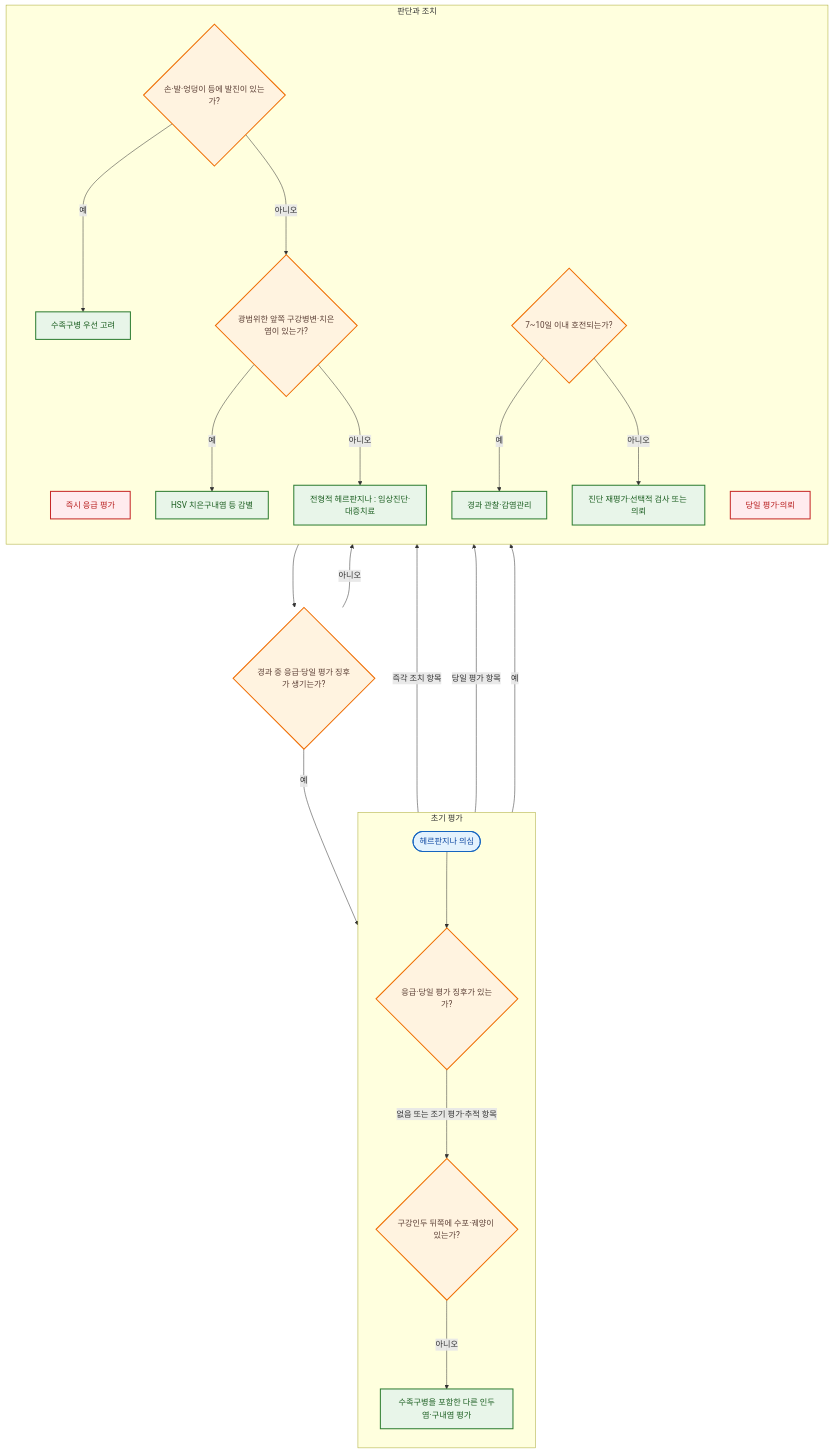
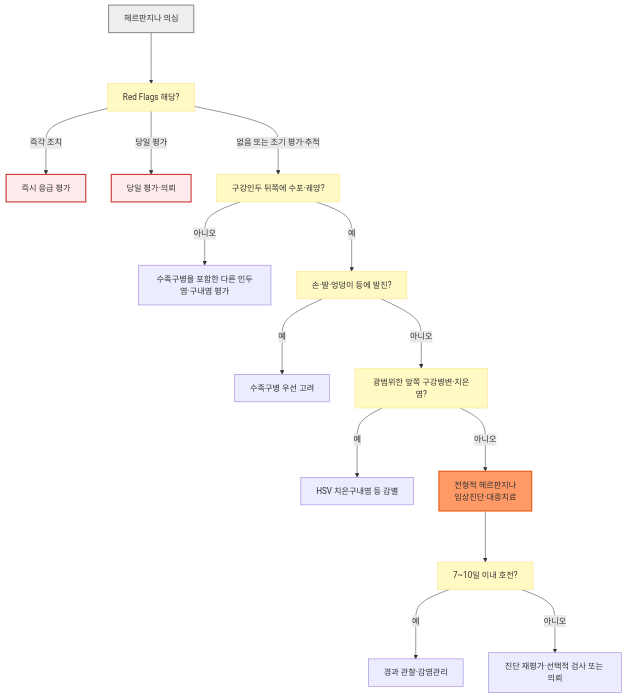
The diagram in 230_/199_-herpangina.md (familyoh77/familyoh77), drawn with Mermaid before and after one commit. The commit also changed other lines of this file and 16 other files, not shown here.

````diff
--- a/230_/199_-herpangina.md
+++ b/230_/199_-herpangina.md
@@ -101,45 +106,23 @@
 ```mermaid
 flowchart TB
-    subgraph A["초기 평가"]
-        direction TB
-        A1(["헤르판지나 의심"]) ---> A3{"응급·당일 평가 징후가 있는가?"}
-        A3 --->|없음 또는 조기 평가·추적 항목| A2{"구강인두 뒤쪽에 수포·궤양이 있는가?"}
-        A2 --->|아니오| A4["수족구병을 포함한 다른 인두염·구내염 평가"]
-    end
+    A1["헤르판지나 의심"] ---> A3["Red Flags 해당?"]
+    A3 -- "즉각 조치" ---> B1["즉시 응급 평가"]
+    A3 -- "당일 평가" ---> Same["당일 평가·의뢰"]
+    A3 -- "없음 또는 조기 평가·추적" ---> A2["구강인두 뒤쪽에 수포·궤양?"]
+    A2 -- "아니오" ---> A4["수족구병을 포함한 다른 인두염·구내염 평가"]
+    A2 -- "예" ---> B2["손·발·엉덩이 등에 발진?"]
+    B2 -- "예" ---> B3["수족구병 우선 고려"]
+    B2 -- "아니오" ---> B4["광범위한 앞쪽 구강병변·치은염?"]
+    B4 -- "예" ---> B5["HSV 치은구내염 등 감별"]
+    B4 -- "아니오" ---> B6["전형적 헤르판지나<br/>임상진단·대증치료"]
+    B6 ---> B7["7~10일 이내 호전?"]
+    B7 -- "예" ---> B8["경과 관찰·감염관리"]
+    B7 -- "아니오" ---> B9["진단 재평가·선택적 검사 또는 의뢰"]
 
-    subgraph B["판단과 조치"]
-        direction TB
-        B1["즉시 응급 평가"]
-        Same["당일 평가·의뢰"]
-        B2{"손·발·엉덩이 등에 발진이 있는가?"}
-        B3["수족구병 우선 고려"]
-        B4{"광범위한 앞쪽 구강병변·치은염이 있는가?"}
-        B5["HSV 치은구내염 등 감별"]
-        B6["전형적 헤르판지나 : 임상진단·대증치료"]
-        B7{"7~10일 이내 호전되는가?"}
-        B8["경과 관찰·감염관리"]
-        B9["진단 재평가·선택적 검사 또는 의뢰"]
-    end
-
-    A3 --->|즉각 조치 항목| B1
-    A3 --->|당일 평가 항목| Same
-    A2 --->|예| B2
-    B2 --->|예| B3
-    B2 --->|아니오| B4
-    B4 --->|예| B5
-    B4 --->|아니오| B6
-    B6 ---> W{"경과 중 응급·당일 평가 징후가 생기는가?"}
-    W --->|예| A3
-    W --->|아니오| B7
-    B7 --->|예| B8
-    B7 --->|아니오| B9
-
-    classDef start fill:#e3f2fd,stroke:#1565c0,color:#0d47a1,stroke-width:2px;
-    classDef decision fill:#fff3e0,stroke:#ef6c00,color:#5d4037,stroke-width:2px;
-    classDef danger fill:#ffebee,stroke:#c62828,color:#b71c1c,stroke-width:2px;
-    classDef action fill:#e8f5e9,stroke:#2e7d32,color:#1b5e20,stroke-width:2px;
-    class A1 start;
-    class A2,A3,B2,B4,B7,W decision;
-    class B1,Same danger;
-    class A4,B3,B5,B6,B8,B9 action;
+    classDef question fill:#fff9c4,stroke:#ffe082
+    classDef danger fill:#ffebee,stroke:#c62828,stroke-width:2px
+    class A3,A2,B2,B4,B7 question
+    class B1,Same danger
+    style A1 fill:#eeeeee,stroke:#888888,stroke-width:2px
+    style B6 fill:#f96,stroke:#e65100,stroke-width:2px
 ```
````
